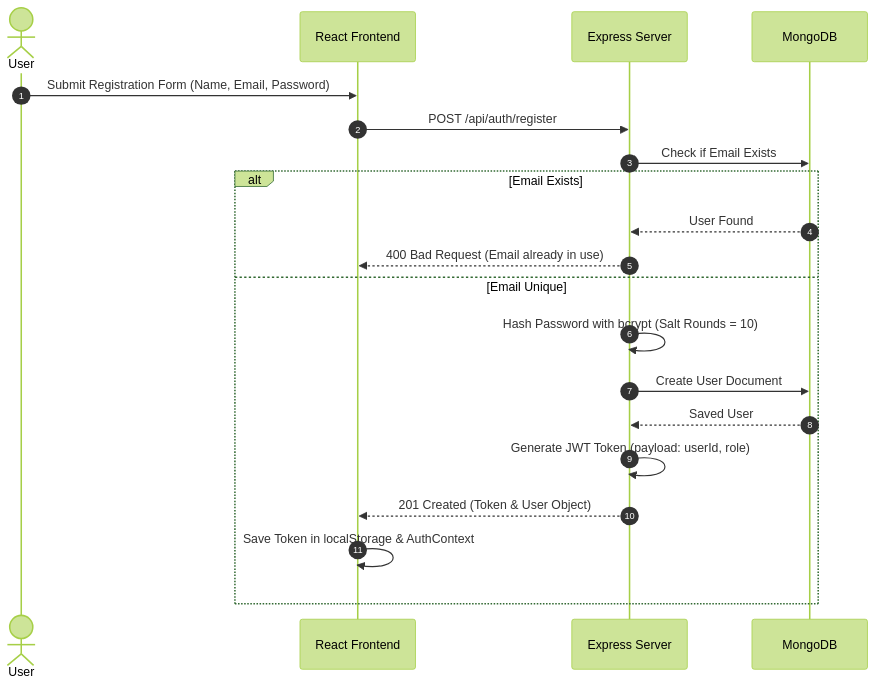
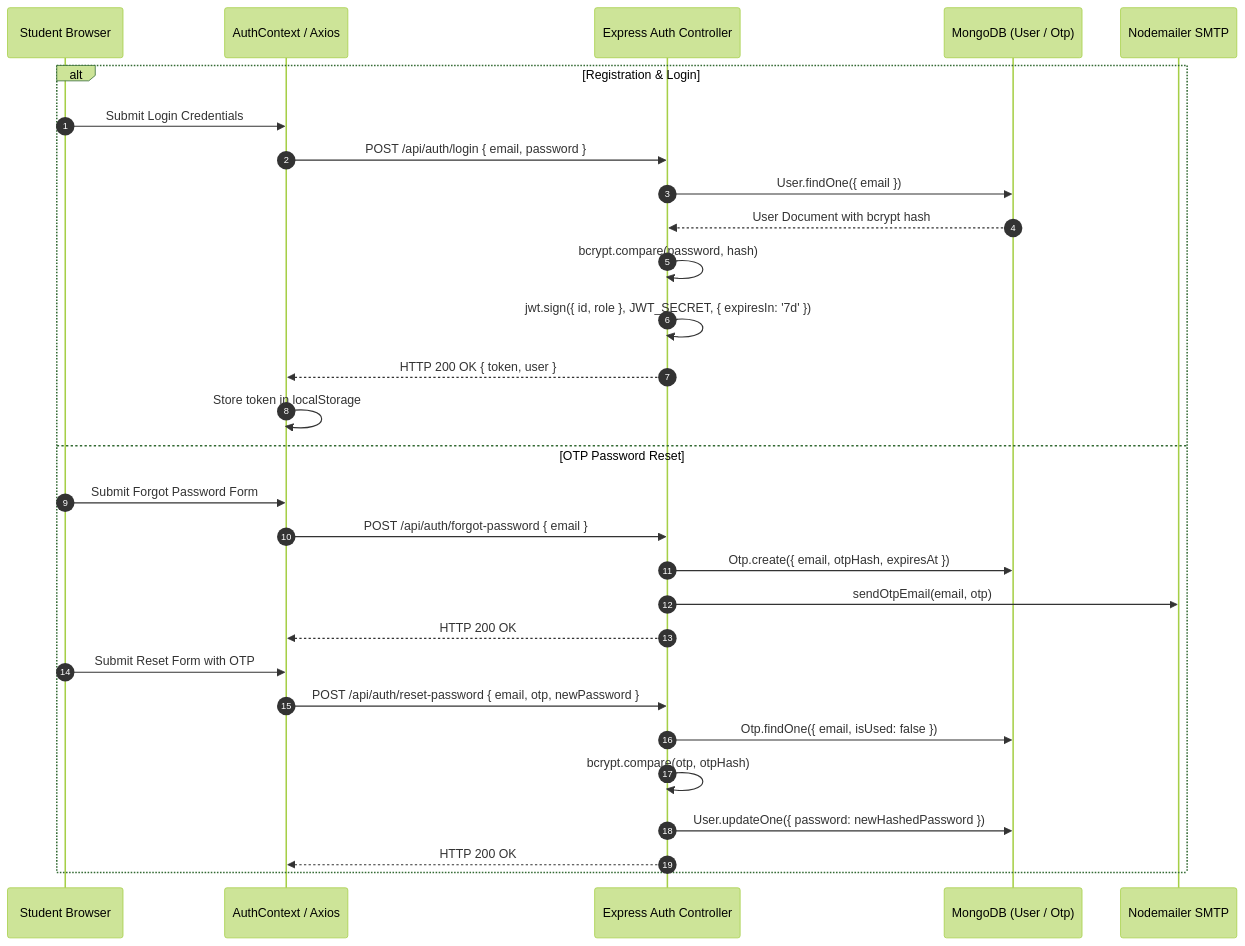
Before and after one commit to mhksharma140807/PathPilot: the second of 5 diagrams in docs/ARCHITECTURE.md, drawn with Mermaid (forest theme). The commit also changed other lines of this file and 11 other files, not shown here.

Commit message:
fix: complete V2 lesson progress flow and update documentation

````diff
--- a/docs/ARCHITECTURE.md
+++ b/docs/ARCHITECTURE.md
@@ -115,23 +28,32 @@
 ```mermaid
 sequenceDiagram
     autonumber
-    actor User
-    participant Browser as React Frontend
-    participant API as Express Server
-    participant DB as MongoDB
+    participant Student as Student Browser
+    participant Client as AuthContext / Axios
+    participant API as Express Auth Controller
+    participant DB as MongoDB (User / Otp)
+    participant SMTP as Nodemailer SMTP
 
-    User->>Browser: Submit Registration Form (Name, Email, Password)
-    Browser->>API: POST /api/auth/register
-    API->>DB: Check if Email Exists
-    alt Email Exists
-        DB-->>API: User Found
-        API-->>Browser: 400 Bad Request (Email already in use)
-    else Email Unique
-        API->>API: Hash Password with bcrypt (Salt Rounds = 10)
-        API->>DB: Create User Document
-        DB-->>API: Saved User
-        API->>API: Generate JWT Token (payload: userId, role)
-        API-->>Browser: 201 Created (Token & User Object)
-        Browser->>Browser: Save Token in localStorage & AuthContext
+    alt Registration & Login
+        Student->>Client: Submit Login Credentials
+        Client->>API: POST /api/auth/login { email, password }
+        API->>DB: User.findOne({ email })
+        DB-->>API: User Document with bcrypt hash
+        API->>API: bcrypt.compare(password, hash)
+        API->>API: jwt.sign({ id, role }, JWT_SECRET, { expiresIn: '7d' })
+        API-->>Client: HTTP 200 OK { token, user }
+        Client->>Client: Store token in localStorage
+    else OTP Password Reset
+        Student->>Client: Submit Forgot Password Form
+        Client->>API: POST /api/auth/forgot-password { email }
+        API->>DB: Otp.create({ email, otpHash, expiresAt })
+        API->>SMTP: sendOtpEmail(email, otp)
+        API-->>Client: HTTP 200 OK
+        Student->>Client: Submit Reset Form with OTP
+        Client->>API: POST /api/auth/reset-password { email, otp, newPassword }
+        API->>DB: Otp.findOne({ email, isUsed: false })
+        API->>API: bcrypt.compare(otp, otpHash)
+        API->>DB: User.updateOne({ password: newHashedPassword })
+        API-->>Client: HTTP 200 OK
     end
 ```
````
